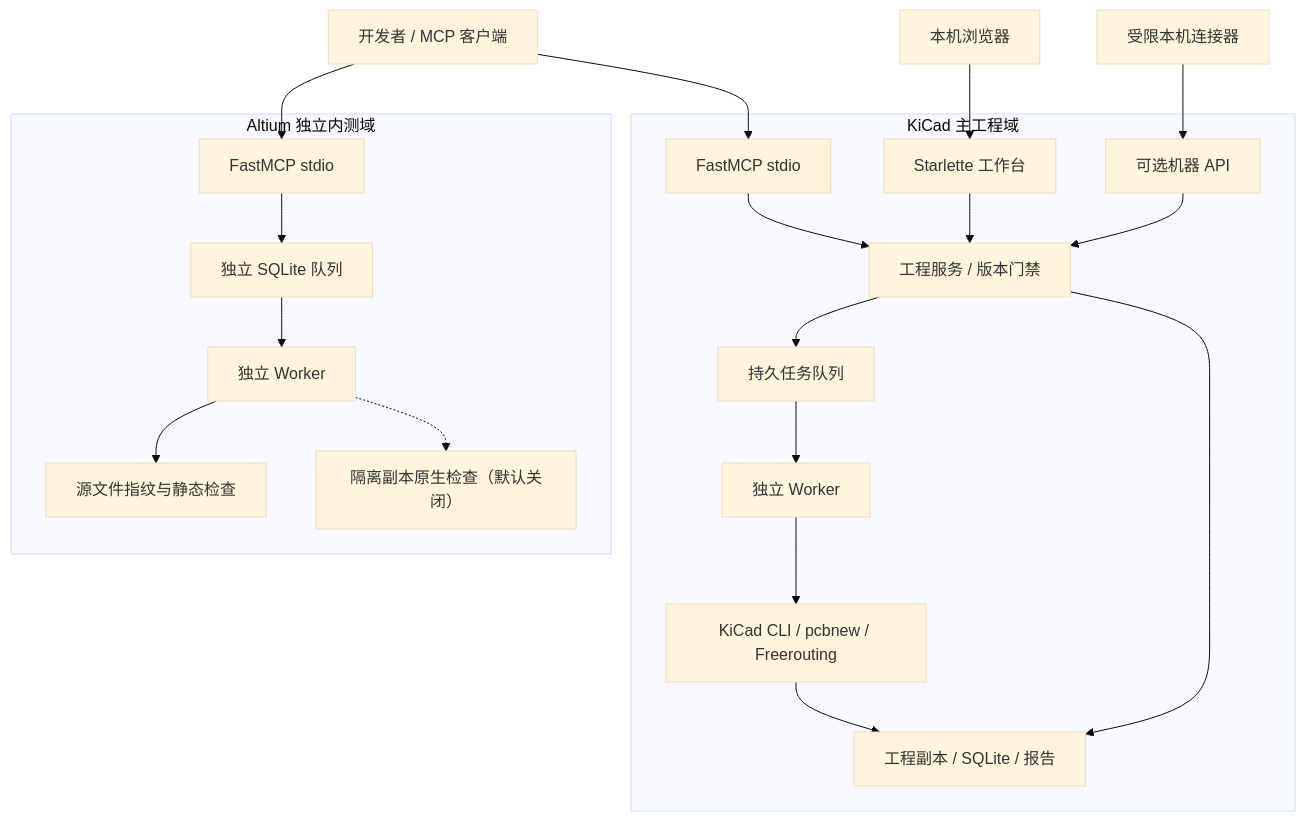
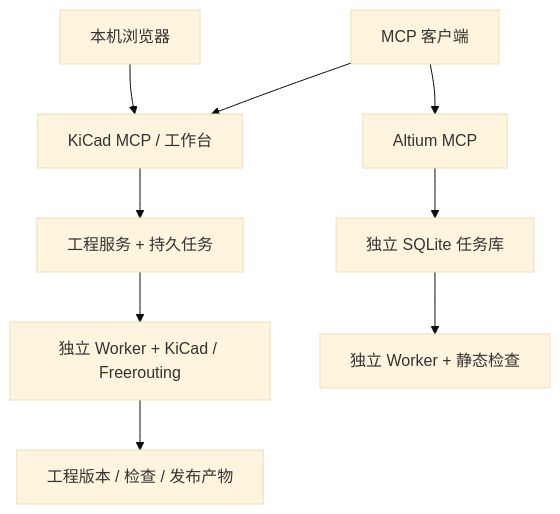
The first of 2 diagrams in docs/ARCHITECTURE.zh-CN.md (chenzehaoo/pcb-weaver), drawn with Mermaid (base theme) before and after one commit. The commit also changed other lines of this file and 1 other file, not shown here.

Commit message:
docs: streamline README and architecture layout

````diff
--- a/docs/ARCHITECTURE.zh-CN.md
+++ b/docs/ARCHITECTURE.zh-CN.md
@@ -10,42 +10,13 @@
 ```mermaid
 flowchart TB
-    Client["开发者 / MCP 客户端"]
+    Client["MCP 客户端"]
     Browser["本机浏览器"]
-    Connector["受限本机连接器"]
-
-    subgraph K["KiCad 主工程域"]
-        KMCP["FastMCP stdio"]
-        UI["Starlette 工作台"]
-        API["可选机器 API"]
-        Service["工程服务 / 版本门禁"]
-        Queue["持久任务队列"]
-        Worker["独立 Worker"]
-        Toolchain["KiCad CLI / pcbnew / Freerouting"]
-        Store["工程副本 / SQLite / 报告"]
-        KMCP --> Service
-        UI --> Service
-        API --> Service
-        Service --> Queue
-        Queue --> Worker
-        Worker --> Toolchain
-        Toolchain --> Store
-        Service --> Store
-    end
-
-    subgraph A["Altium 独立内测域"]
-        AMCP["FastMCP stdio"]
-        AQueue["独立 SQLite 队列"]
-        AWorker["独立 Worker"]
-        Static["源文件指纹与静态检查"]
-        Native["隔离副本原生检查（默认关闭）"]
-        AMCP --> AQueue
-        AQueue --> AWorker
-        AWorker --> Static
-        AWorker -.-> Native
-    end
-
-    Client --> KMCP
-    Client --> AMCP
-    Browser --> UI
-    Connector --> API
+    Client --> KEntry["KiCad MCP / 工作台"]
+    Client --> AEntry["Altium MCP"]
+    Browser --> KEntry
+    KEntry --> KCore["工程服务 + 持久任务"]
+    KCore --> KWorker["独立 Worker + KiCad / Freerouting"]
+    KWorker --> KData["工程版本 / 检查 / 发布产物"]
+    AEntry --> AQueue["独立 SQLite 任务库"]
+    AQueue --> AWorker["独立 Worker + 静态检查"]
 ```
````
